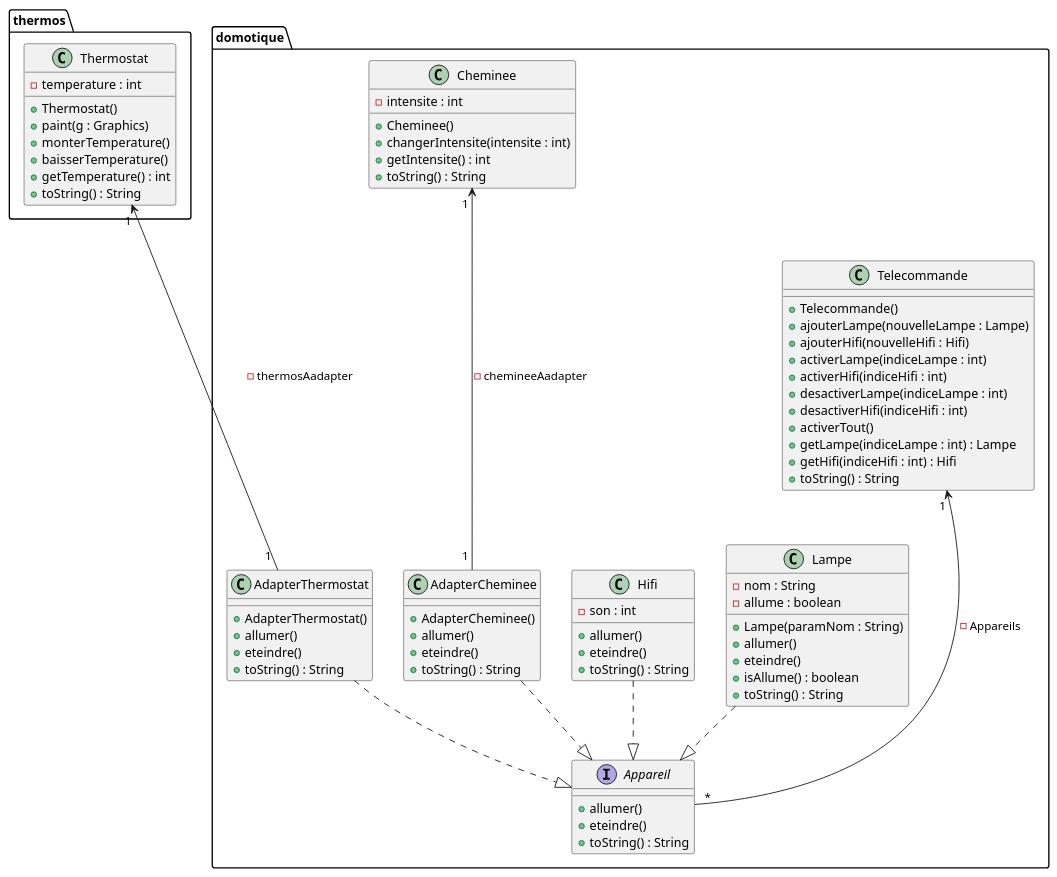
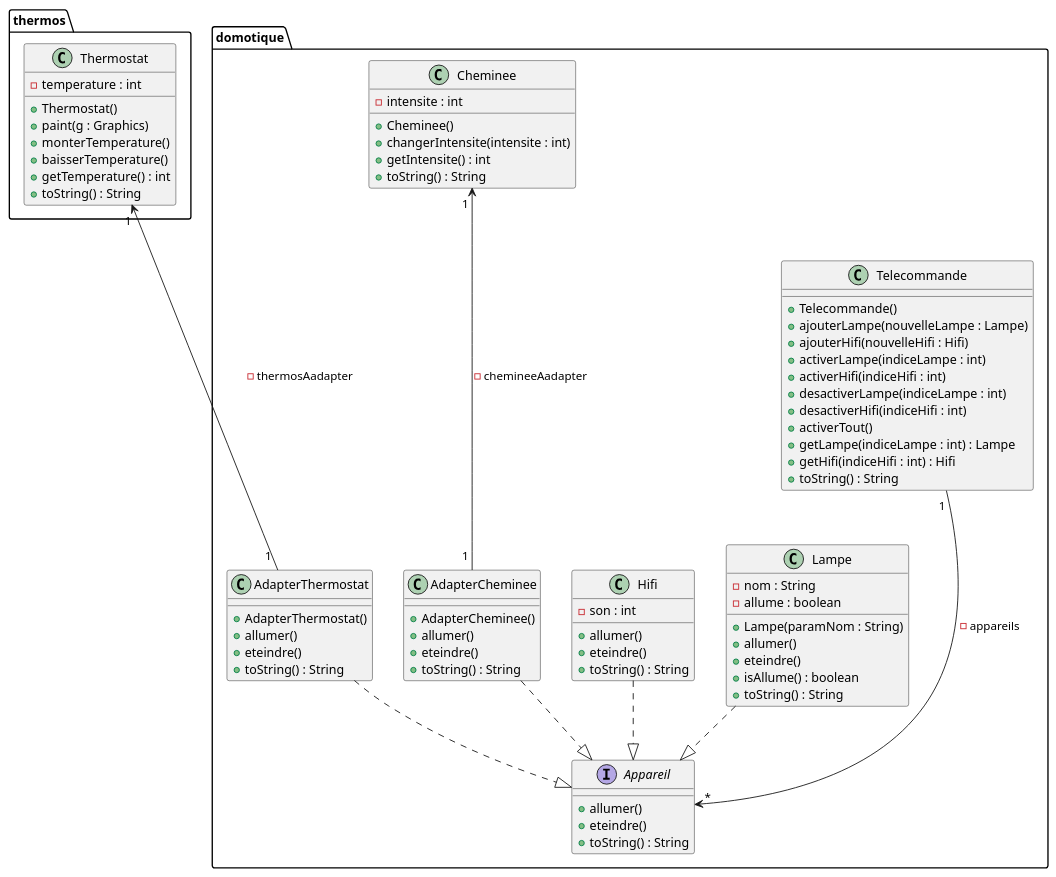
Before and after one commit to CharlieKieffer1/2026_coo_domotique_CharlieKieffer1: the diagram in plantUML_domotique_TD3.puml, drawn with PlantUML.

Commit message:
modif du plantuml encore

```diff
--- a/plantUML_domotique_TD3.puml
+++ b/plantUML_domotique_TD3.puml
@@ -1,101 +1,101 @@
 @startuml
 
 package domotique {
 
 class Telecommande {
 
     + Telecommande()
     + ajouterLampe(nouvelleLampe : Lampe)
     + ajouterHifi(nouvelleHifi : Hifi)
     + activerLampe(indiceLampe : int)
     + activerHifi(indiceHifi : int)
     + desactiverLampe(indiceLampe : int)
     + desactiverHifi(indiceHifi : int)
     + activerTout()
     + getLampe(indiceLampe : int) : Lampe
     + getHifi(indiceHifi : int) : Hifi
     + toString() : String
 }
 
 interface Appareil { 
     + allumer()
     + eteindre()
     + toString() : String
 }
 
 class Lampe {
     - nom : String
     - allume : boolean
 
     + Lampe(paramNom : String)
     + allumer()
     + eteindre()
     + isAllume() : boolean
     + toString() : String
 }
 
 class Hifi {
     - son : int
 
     + allumer()
     + eteindre()
     + toString() : String
 }
 
 class Cheminee {
 
     - intensite : int 
     
     + Cheminee()
     + changerIntensite(intensite : int) 
     + getIntensite() : int
     + toString() : String
 
 }
 
 class AdapterCheminee {
 
     + AdapterCheminee()
     + allumer()
     + eteindre()
     + toString() : String
 }
 
 class AdapterThermostat {
     
     + AdapterThermostat()
     + allumer()
     + eteindre()
     + toString() : String
 }
 
 }
 
 package thermos {
 
 class Thermostat {
 
     - temperature : int
     
     + Thermostat()
     + paint(g : Graphics)
     + monterTemperature()
     + baisserTemperature()
     + getTemperature() : int
     + toString() : String
     
 
 }
 
 ' Relations
-Telecommande " 1 " <--- " * " Appareil : -Appareils
+Telecommande " 1 " ---> " * " Appareil : - appareils
 Cheminee " 1 " <--- " 1 " AdapterCheminee : -chemineeAadapter
 Thermostat " 1 " <--- " 1 " AdapterThermostat : -thermosAadapter
 
 Lampe ..|> Appareil
 Hifi ..|> Appareil
 AdapterCheminee ..|> Appareil
 AdapterThermostat ..|> Appareil
 
 
 @enduml
```
